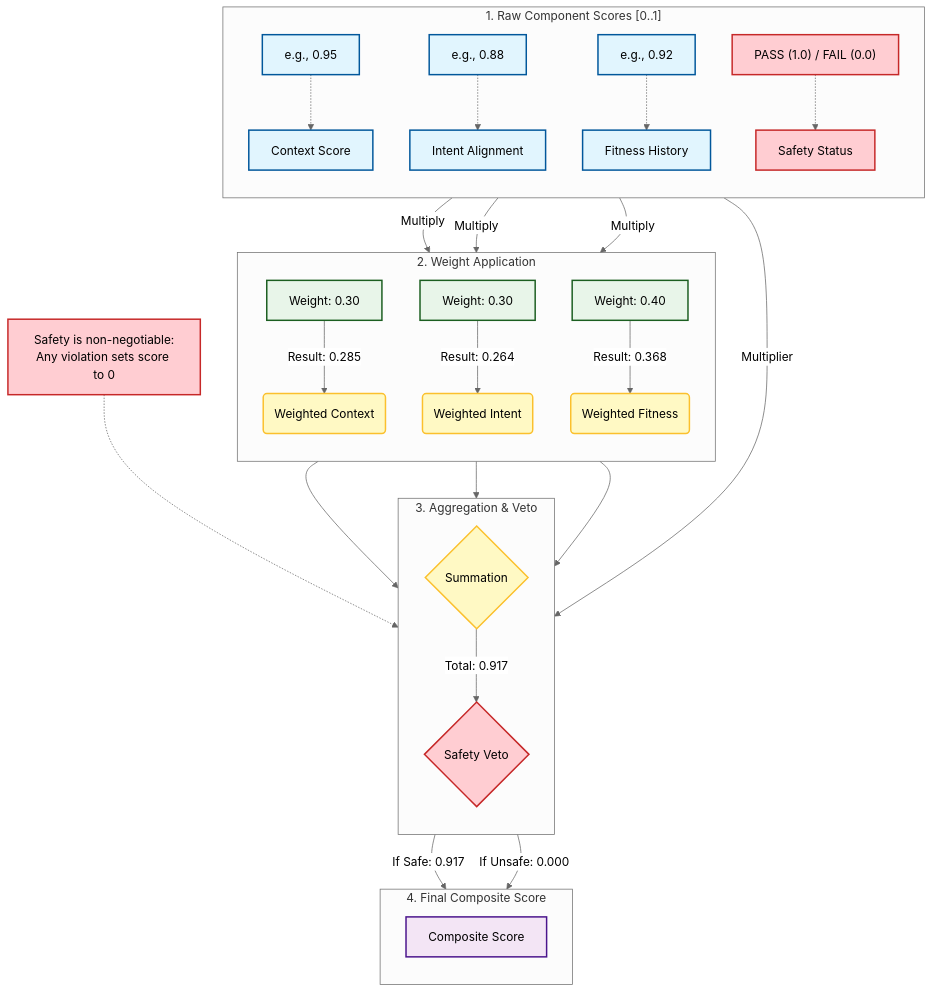
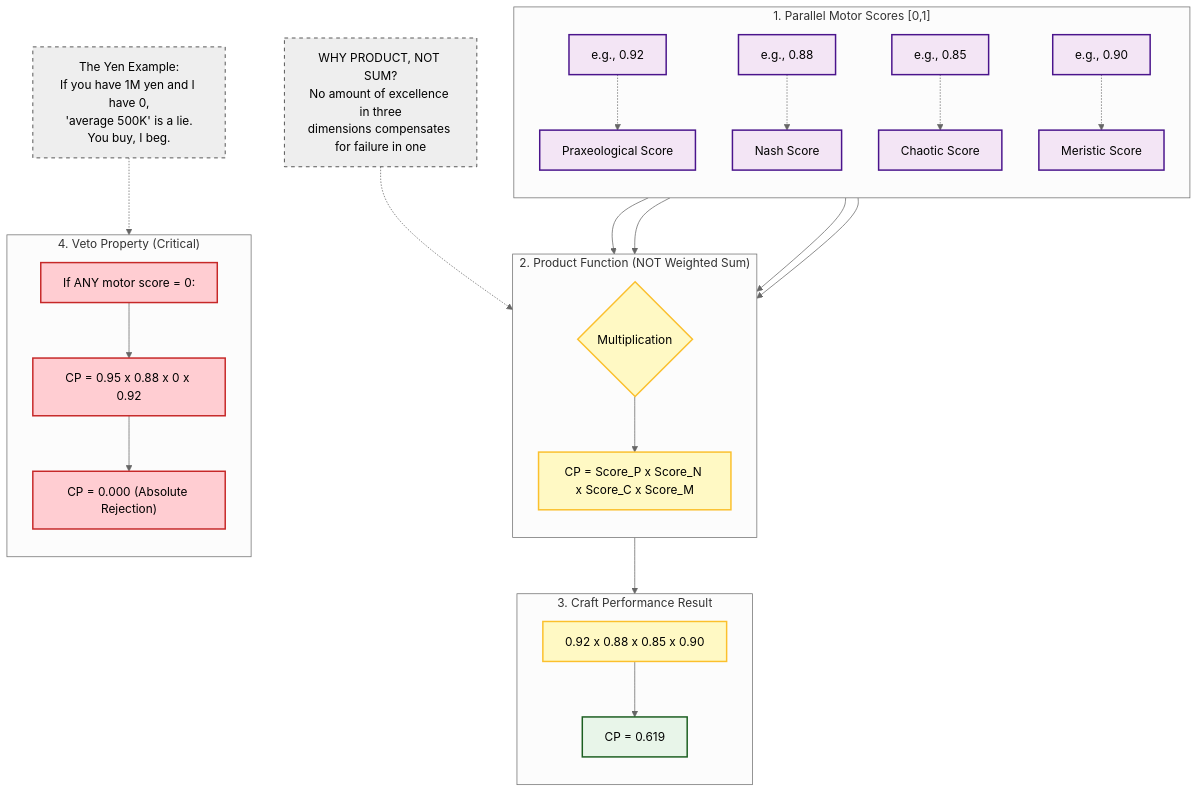
One commit to operationalgenomics/digital-genome-specs changed the diagram in diagrams/cognitive-core/inference/cognitive-gene-scoring-matrix.mmd. Above: the diagram before and after it, drawn with Mermaid (neutral theme).

```diff
--- a/diagrams/cognitive-core/inference/cognitive-gene-scoring-matrix.mmd
+++ b/diagrams/cognitive-core/inference/cognitive-gene-scoring-matrix.mmd
@@ -1,70 +1,66 @@
 %% ==============================================================================
-%% Gene Scoring Matrix Diagram
+%% Craft Performance Scoring Matrix Diagram
 %% ==============================================================================
-%% Source File:     specs/cognitive-core/inference-engine.md
+%% Source File:     specs/cognitive-core/craft-performance.md
 %% Repository Path: diagrams/cognitive-core/inference/cognitive-gene-scoring-matrix.png
-%% Description:     Visualizes the mathematical breakdown of the Composite Score
-%%                  calculation: Component Scoring -> Weight Application ->
-%%                  Summation -> Safety Veto Application -> Final Score.
+%% Description:     Visualizes the Craft Performance calculation as a PRODUCT
+%%                  of four parallel motor scores. Any zero = total zero (veto).
+%%                  Excellence requires ALL motors to agree.
 %% ==============================================================================
 
 graph TD
     %% Global Styles
-    classDef input fill:#e1f5fe,stroke:#01579b,stroke-width:2px,color:#000;
-    classDef weight fill:#e8f5e9,stroke:#1b5e20,stroke-width:2px,color:#000;
+    classDef motor fill:#f3e5f5,stroke:#4a148c,stroke-width:2px,color:#000;
     classDef calc fill:#fff9c4,stroke:#fbc02d,stroke-width:2px,color:#000;
     classDef veto fill:#ffcdd2,stroke:#c62828,stroke-width:2px,color:#000;
-    classDef result fill:#f3e5f5,stroke:#4a148c,stroke-width:2px,color:#000;
+    classDef result fill:#e8f5e9,stroke:#1b5e20,stroke-width:2px,color:#000;
+    classDef meta fill:#eeeeee,stroke:#212121,stroke-width:1px,stroke-dasharray: 5 5,color:#000;
 
-    %% 1. Raw Scores (The Inputs)
-    subgraph "1. Raw Component Scores [0..1]"
+    %% 1. The Four Motor Scores (Parallel Evaluation)
+    subgraph "1. Parallel Motor Scores [0,1]"
         direction TB
-        S_Ctx[Context Score]:::input
-        S_Int[Intent Alignment]:::input
-        S_Fit[Fitness History]:::input
-        S_Safe[Safety Status]:::veto
+        S_Prax[Praxeological Score]:::motor
+        S_Nash[Nash Score]:::motor
+        S_Chaos[Chaotic Score]:::motor
+        S_Meta[Meristic Score]:::motor
         
-        Val1["e.g., 0.95"]:::input -.-> S_Ctx
-        Val2["e.g., 0.88"]:::input -.-> S_Int
-        Val3["e.g., 0.92"]:::input -.-> S_Fit
-        Val4["PASS (1.0) / FAIL (0.0)"]:::veto -.-> S_Safe
+        Val1["e.g., 0.92"]:::motor -.-> S_Prax
+        Val2["e.g., 0.88"]:::motor -.-> S_Nash
+        Val3["e.g., 0.85"]:::motor -.-> S_Chaos
+        Val4["e.g., 0.90"]:::motor -.-> S_Meta
     end
 
-    %% 2. Weighting (The Policy)
-    subgraph "2. Weight Application"
+    %% 2. Product Operation (NOT Sum)
+    subgraph "2. Product Function (NOT Weighted Sum)"
         direction TB
-        W_Ctx[Weight: 0.30]:::weight
-        W_Int[Weight: 0.30]:::weight
-        W_Fit[Weight: 0.40]:::weight
+        Product{Multiplication}:::calc
         
-        S_Ctx -->|Multiply| W_Ctx
-        S_Int -->|Multiply| W_Int
-        S_Fit -->|Multiply| W_Fit
+        S_Prax & S_Nash & S_Chaos & S_Meta --> Product
         
-        W_Ctx -->|Result: 0.285| Res1(Weighted Context):::calc
-        W_Int -->|Result: 0.264| Res2(Weighted Intent):::calc
-        W_Fit -->|Result: 0.368| Res3(Weighted Fitness):::calc
+        Formula["CP = Score_P x Score_N x Score_C x Score_M"]:::calc
+        Product --> Formula
     end
 
-    %% 3. Aggregation
-    subgraph "3. Aggregation & Veto"
+    %% 3. Result
+    subgraph "3. Craft Performance Result"
         direction TB
-        Sum{Summation}:::calc
-        Veto{Safety Veto}:::veto
+        Calc["0.92 x 0.88 x 0.85 x 0.90"]:::calc
+        Final["CP = 0.619"]:::result
         
-        Res1 & Res2 & Res3 --> Sum
-        Sum -->|Total: 0.917| Veto
-        S_Safe -->|Multiplier| Veto
+        Formula --> Calc --> Final
     end
 
-    %% 4. Final Output
-    subgraph "4. Final Composite Score"
+    %% 4. The Veto Property
+    subgraph "4. Veto Property (Critical)"
         direction TB
-        Final[Composite Score]:::result
+        VetoEx["If ANY motor score = 0:"]:::veto
+        VetoCalc["CP = 0.95 x 0.88 x 0 x 0.92"]:::veto
+        VetoResult["CP = 0.000 (Absolute Rejection)"]:::veto
         
-        Veto -->|If Safe: 0.917| Final
-        Veto -->|If Unsafe: 0.000| Final
+        VetoEx --> VetoCalc --> VetoResult
     end
 
     %% Annotations
-    note1["Safety is non-negotiable:<br>Any violation sets score to 0"]:::veto -.-> Veto
+    note1["WHY PRODUCT, NOT SUM?<br/>No amount of excellence in three<br/>dimensions compensates for failure in one"]:::meta -.-> Product
+    
+    note2["The Yen Example:<br/>If you have 1M yen and I have 0,<br/>'average 500K' is a lie.<br/>You buy, I beg."]:::meta -.-> VetoEx
```
